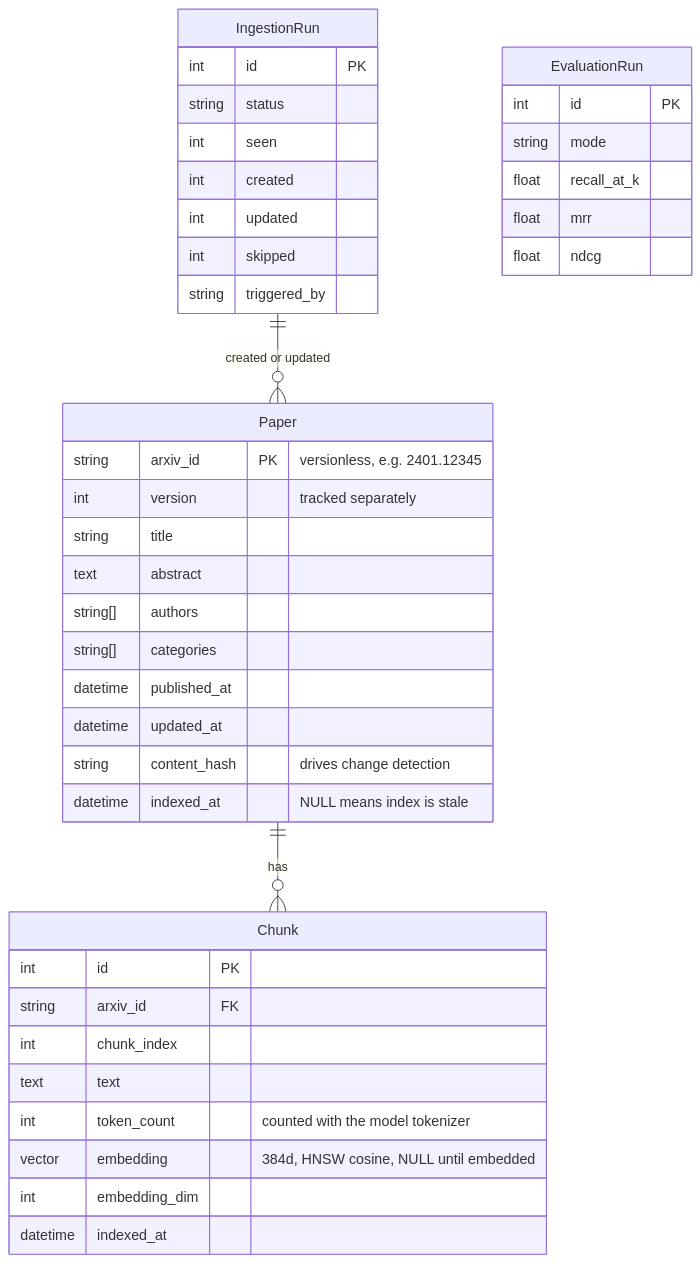
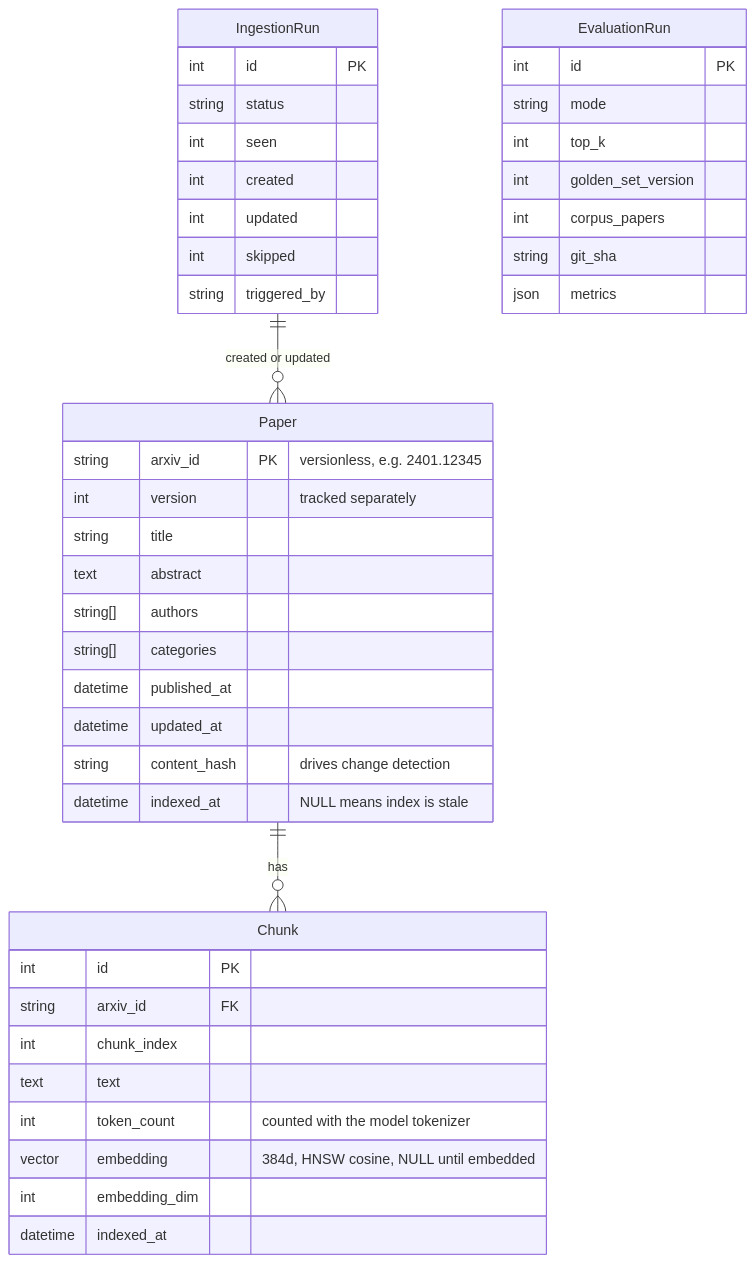
Before and after one commit to Breeganzo/scintilla: the third of 12 diagrams in docs/ARCHITECTURE.md, drawn with Mermaid. The commit also changed other lines of this file and 16 other files, not shown here.

````diff
--- a/docs/ARCHITECTURE.md
+++ b/docs/ARCHITECTURE.md
@@ -133,44 +133,46 @@
 ```mermaid
 erDiagram
     Paper ||--o{ Chunk : "has"
     IngestionRun ||--o{ Paper : "created or updated"
 
     Paper {
         string arxiv_id PK "versionless, e.g. 2401.12345"
         int version "tracked separately"
         string title
         text abstract
         string[] authors
         string[] categories
         datetime published_at
         datetime updated_at
         string content_hash "drives change detection"
         datetime indexed_at "NULL means index is stale"
     }
     Chunk {
         int id PK
         string arxiv_id FK
         int chunk_index
         text text
         int token_count "counted with the model tokenizer"
         vector embedding "384d, HNSW cosine, NULL until embedded"
         int embedding_dim
         datetime indexed_at
     }
     IngestionRun {
         int id PK
         string status
         int seen
         int created
         int updated
         int skipped
         string triggered_by
     }
     EvaluationRun {
         int id PK
         string mode
-        float recall_at_k
-        float mrr
-        float ndcg
+        int top_k
+        int golden_set_version
+        int corpus_papers
+        string git_sha
+        json metrics
     }
 ```
````
